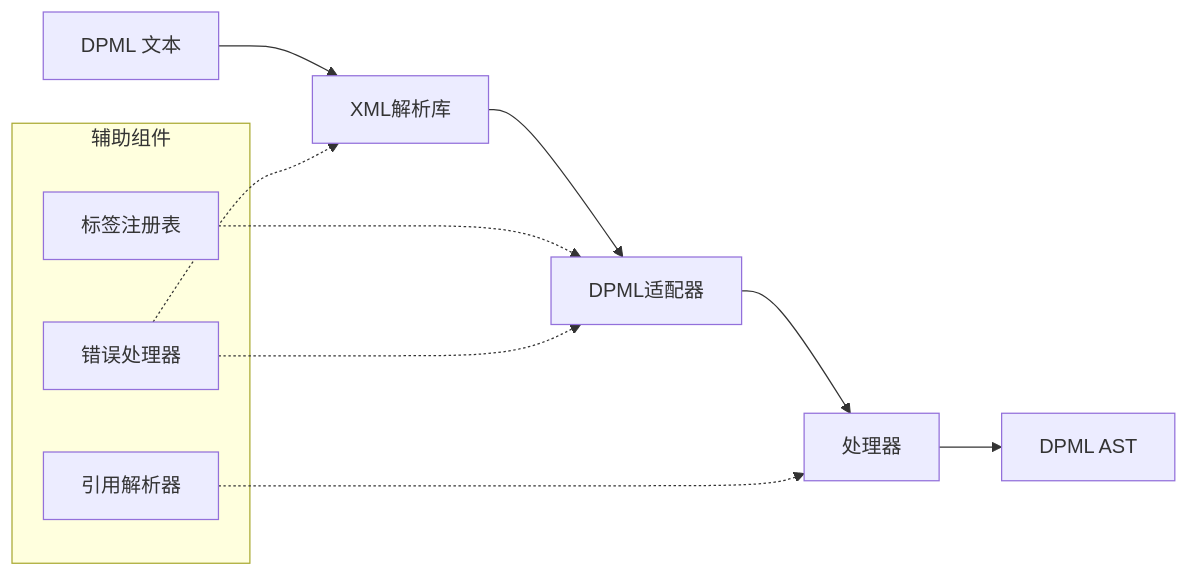
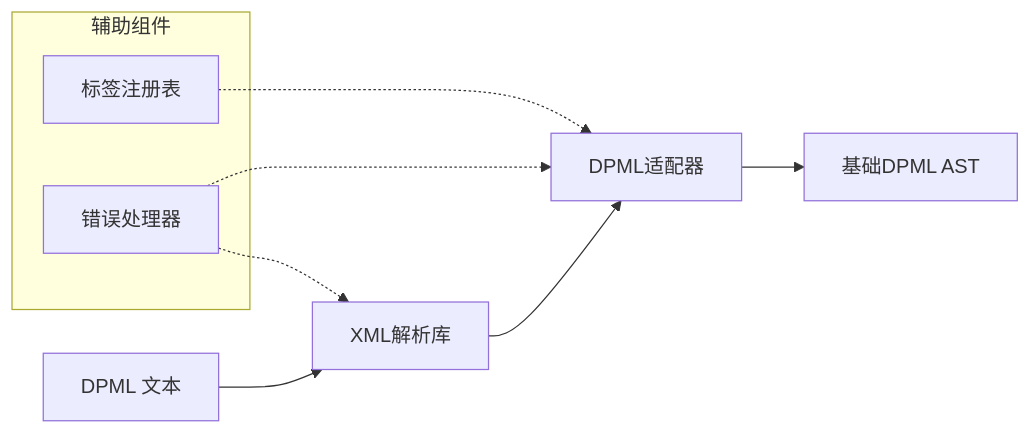
One commit to Deepractice/DPML changed the first of 3 diagrams in packages/core/docs/parser/Core-Parser-Design.md. Above: the diagram before and after it, drawn with Mermaid. The commit also changed other lines of this file, not shown here.

````diff
--- a/packages/core/docs/parser/Core-Parser-Design.md
+++ b/packages/core/docs/parser/Core-Parser-Design.md
@@ -23,18 +23,15 @@
 ```mermaid
 flowchart LR
     Input[DPML 文本] --> XmlParser[XML解析库]
     XmlParser --> DpmlAdapter[DPML适配器]
-    DpmlAdapter --> Processor[处理器]
-    Processor --> AST[DPML AST]
+    DpmlAdapter --> AST[基础DPML AST]
     
     subgraph "辅助组件"
       TagRegistry[标签注册表]
       ErrorHandler[错误处理器]
-      ReferenceParser[引用解析器]
     end
     
     TagRegistry -.-> DpmlAdapter
     ErrorHandler -.-> XmlParser
     ErrorHandler -.-> DpmlAdapter
-    ReferenceParser -.-> Processor
 ```
````
